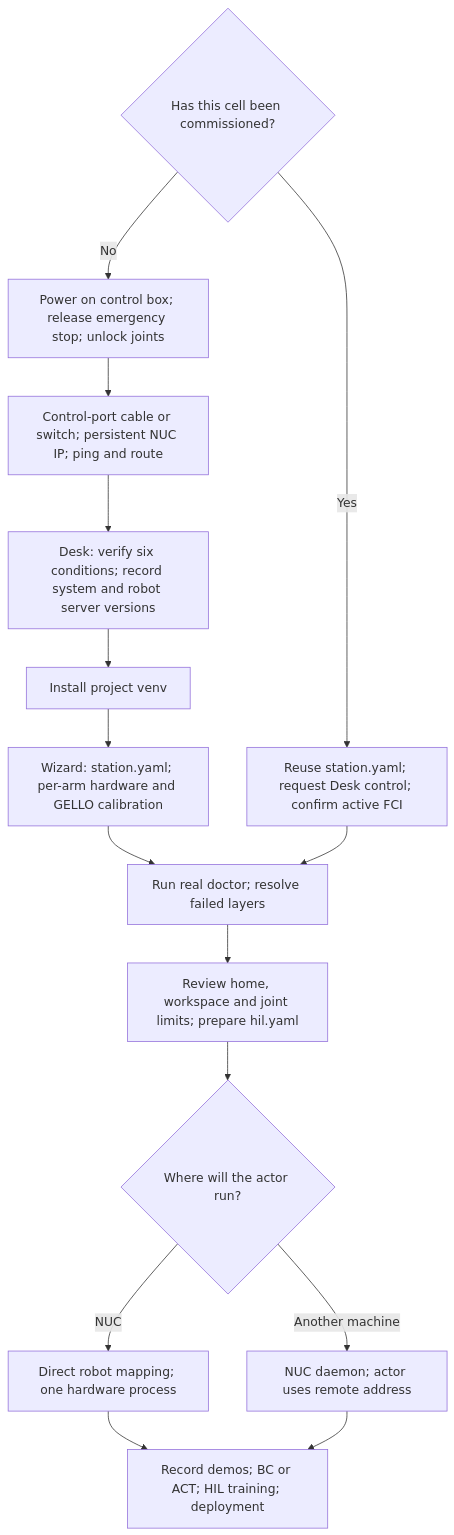
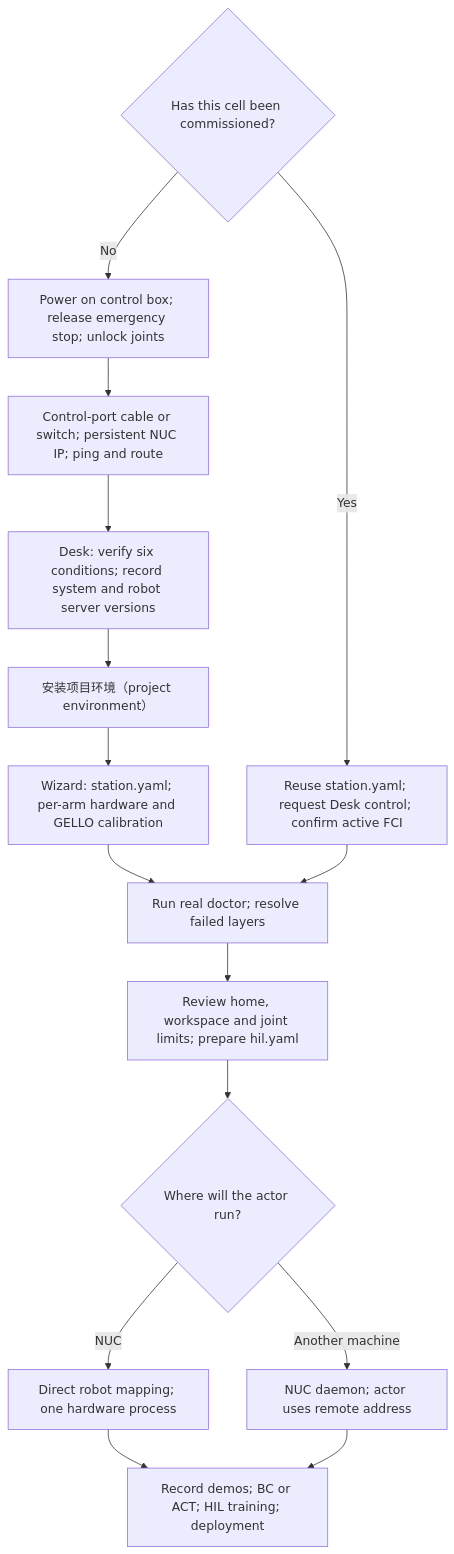
The diagram in docs/zh-CN/getting-started-hardware.md (JaimeParker/real-world-rl), drawn with Mermaid before and after one commit. The commit also changed other lines of this file and 30 other files, not shown here.

First line of the commit message:
docs: call the install target the "project environment" instead of `.venv`

````diff
--- a/docs/zh-CN/getting-started-hardware.md
+++ b/docs/zh-CN/getting-started-hardware.md
@@ -11,18 +11,18 @@
 ```mermaid
 flowchart TD
     A{Has this cell been commissioned?}
     A -->|No| B[Power on control box; release emergency stop; unlock joints]
     B --> C[Control-port cable or switch; persistent NUC IP; ping and route]
     C --> D[Desk: verify six conditions; record system and robot server versions]
-    D --> E[Install project venv]
+    D --> E[安装项目环境（project environment）]
     E --> F[Wizard: station.yaml; per-arm hardware and GELLO calibration]
     A -->|Yes| G[Reuse station.yaml; request Desk control; confirm active FCI]
     F --> H[Run real doctor; resolve failed layers]
     G --> H
     H --> I[Review home, workspace and joint limits; prepare hil.yaml]
     I --> J{Where will the actor run?}
     J -->|NUC| K[Direct robot mapping; one hardware process]
     J -->|Another machine| L[NUC daemon; actor uses remote address]
     K --> M[Record demos; BC or ACT; HIL training; deployment]
     L --> M
 ```
````
